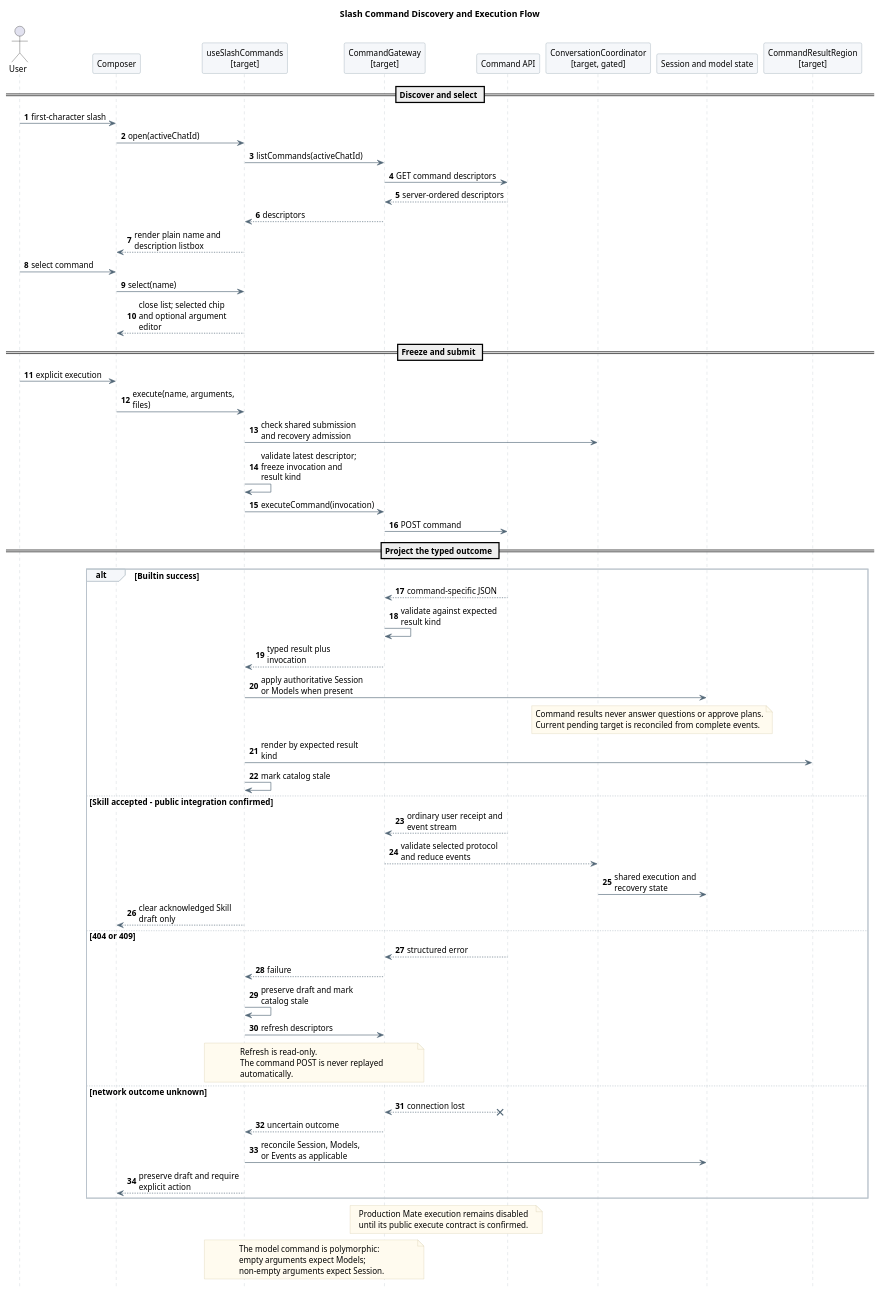
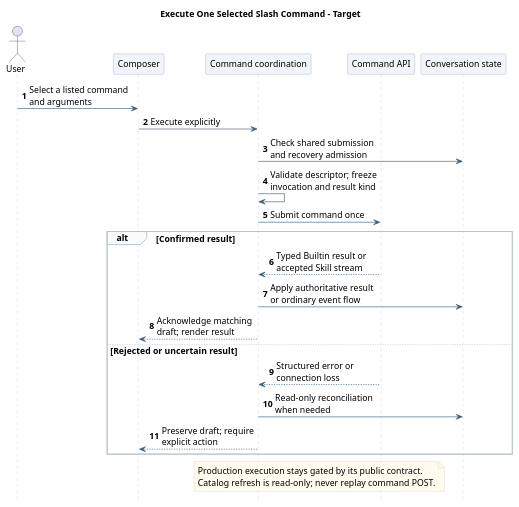
Before and after one commit to ssm0808/pi-mono-java-design: the third of 3 diagrams in 07-前端设计/技术设计/命令/diagram.puml, drawn with PlantUML. The commit also changed 120 other files, not shown here.

Commit message:
docs(diagrams): 统一全仓职责级时序图表达与校验

```diff
--- a/07-前端设计/技术设计/命令/diagram.puml
+++ b/07-前端设计/技术设计/命令/diagram.puml
@@ -228,105 +228,54 @@
 @startuml slash_command_execution_flow
-skinparam backgroundColor white
-skinparam defaultFontName SansSerif
-skinparam defaultFontSize 13
-skinparam shadowing false
-skinparam sequenceMessageAlign left
-skinparam maxMessageSize 165
-skinparam sequenceArrowColor #526777
-skinparam sequenceLifeLineBorderColor #BAC4CC
-skinparam sequenceParticipantBackgroundColor #F5F7FA
-skinparam sequenceParticipantBorderColor #8496A4
-skinparam sequenceGroupBackgroundColor #F5F7FA
-skinparam sequenceGroupBorderColor #BAC4CC
-skinparam noteBackgroundColor #FFFBEF
-skinparam noteBorderColor #D2C6A5
-hide footbox
-autonumber
-title Slash Command Discovery and Execution Flow
-
 ' Source baseline: pi-mono-java@6f52fddc87a03c20916fc7b6ef1de87f6a7a8cf5
 ' Source evidence: frontend/src/composables/useRuntimeApi.ts, requestRaw and return surface
 ' Contract evidence: Runtime operations listSessionCommands and executeSessionCommand
 ' Historical behavior: the 6f52fddc frontend had no command HTTP methods or response projectors.
 ' UI update baseline: pi-mono-java@4cc8dd86f601417c22cf9306e52152acbb59bb60
 ' Source evidence: frontend/src/components/ComposerBox.vue, choose and runCommand
 ' Source evidence: frontend/src/runtime/commands.ts, freezeInvocation and decodeCommandResult
 ' Observed behavior: current command submission already freezes an invocation and decodes by expected result kind.
 ' Pending implementation design: the browser workflow and production Mate gateway are proposed.
 ' Design reason: decode from an immutable invocation, never replay an uncertain mutation, and reconcile through authoritative resources.
+' Presentation: one responsibility-level scenario; implementation details remain in the linked document.
+skinparam backgroundColor white
+skinparam defaultFontName SansSerif
+skinparam defaultFontSize 14
+skinparam shadowing false
+skinparam sequenceMessageAlign left
+skinparam maxMessageSize 180
+skinparam sequenceArrowColor #425B70
+skinparam sequenceLifeLineBorderColor #BAC4CC
+skinparam sequenceParticipantBackgroundColor #F1F5F9
+skinparam sequenceParticipantBorderColor #8496A4
+skinparam sequenceGroupBackgroundColor #FAFBFC
+skinparam sequenceGroupBorderColor #BAC4CC
+skinparam noteBackgroundColor #FFFBEF
+skinparam noteBorderColor #D2C6A5
+hide footbox
+autonumber
 
-
+title Execute One Selected Slash Command - Target
 actor User
-participant "Composer" as Composer
-participant "useSlashCommands\n[target]" as Slash
-participant "CommandGateway\n[target]" as Gateway
-participant "Command API" as Api
-participant "ConversationCoordinator\n[target, gated]" as Conversation
-participant "Session and model state" as State
-participant "CommandResultRegion\n[target]" as Result
-
-== Discover and select ==
-User -> Composer : first-character slash
-Composer -> Slash : open(activeChatId)
-Slash -> Gateway : listCommands(activeChatId)
-Gateway -> Api : GET command descriptors
-Api --> Gateway : server-ordered descriptors
-Gateway --> Slash : descriptors
-Slash --> Composer : render plain name and description listbox
-
-User -> Composer : select command
-Composer -> Slash : select(name)
-Slash --> Composer : close list; selected chip and optional argument editor
-== Freeze and submit ==
-User -> Composer : explicit execution
-Composer -> Slash : execute(name, arguments, files)
-Slash -> Conversation : check shared submission and recovery admission
-Slash -> Slash : validate latest descriptor; freeze invocation and result kind
-Slash -> Gateway : executeCommand(invocation)
-Gateway -> Api : POST command
-
-== Project the typed outcome ==
-alt Builtin success
-  Api --> Gateway : command-specific JSON
-  Gateway -> Gateway : validate against expected result kind
-  Gateway --> Slash : typed result plus invocation
-  Slash -> State : apply authoritative Session or Models when present
-  note over Conversation,State
-  Command results never answer questions or approve plans.
-  Current pending target is reconciled from complete events.
-  end note
-  Slash -> Result : render by expected result kind
-  Slash -> Slash : mark catalog stale
-else Skill accepted - public integration confirmed
-  Api --> Gateway : ordinary user receipt and event stream
-  Gateway --> Conversation : validate selected protocol and reduce events
-  Conversation -> State : shared execution and recovery state
-  Slash --> Composer : clear acknowledged Skill draft only
-else 404 or 409
-  Api --> Gateway : structured error
-  Gateway --> Slash : failure
-  Slash -> Slash : preserve draft and mark catalog stale
-  Slash -> Gateway : refresh descriptors
-  note over Slash,Gateway
-  Refresh is read-only.
-  The command POST is never replayed
-  automatically.
-  end note
-else network outcome unknown
-  Api x-- Gateway : connection lost
-  Gateway --> Slash : uncertain outcome
-  Slash -> State : reconcile Session, Models, or Events as applicable
-  Slash --> Composer : preserve draft and require explicit action
+participant Composer
+participant "Command coordination" as Commands
+participant "Command API" as API
+participant "Conversation state" as State
+User -> Composer : Select a listed command and arguments
+Composer -> Commands : Execute explicitly
+Commands -> State : Check shared submission and recovery admission
+Commands -> Commands : Validate descriptor; freeze invocation and result kind
+Commands -> API : Submit command once
+alt Confirmed result
+  API --> Commands : Typed Builtin result or accepted Skill stream
+  Commands -> State : Apply authoritative result or ordinary event flow
+  Commands --> Composer : Acknowledge matching draft; render result
+else Rejected or uncertain result
+  API --> Commands : Structured error or connection loss
+  Commands -> State : Read-only reconciliation when needed
+  Commands --> Composer : Preserve draft; require explicit action
 end
-
-note over Gateway,Api
-  Production Mate execution remains disabled
-  until its public execute contract is confirmed.
-end note
-
-note over Slash,Gateway
-  The model command is polymorphic:
-  empty arguments expect Models;
-  non-empty arguments expect Session.
+note over Commands,API
+  Production execution stays gated by its public contract.
+  Catalog refresh is read-only; never replay command POST.
 end note
 @enduml
```
